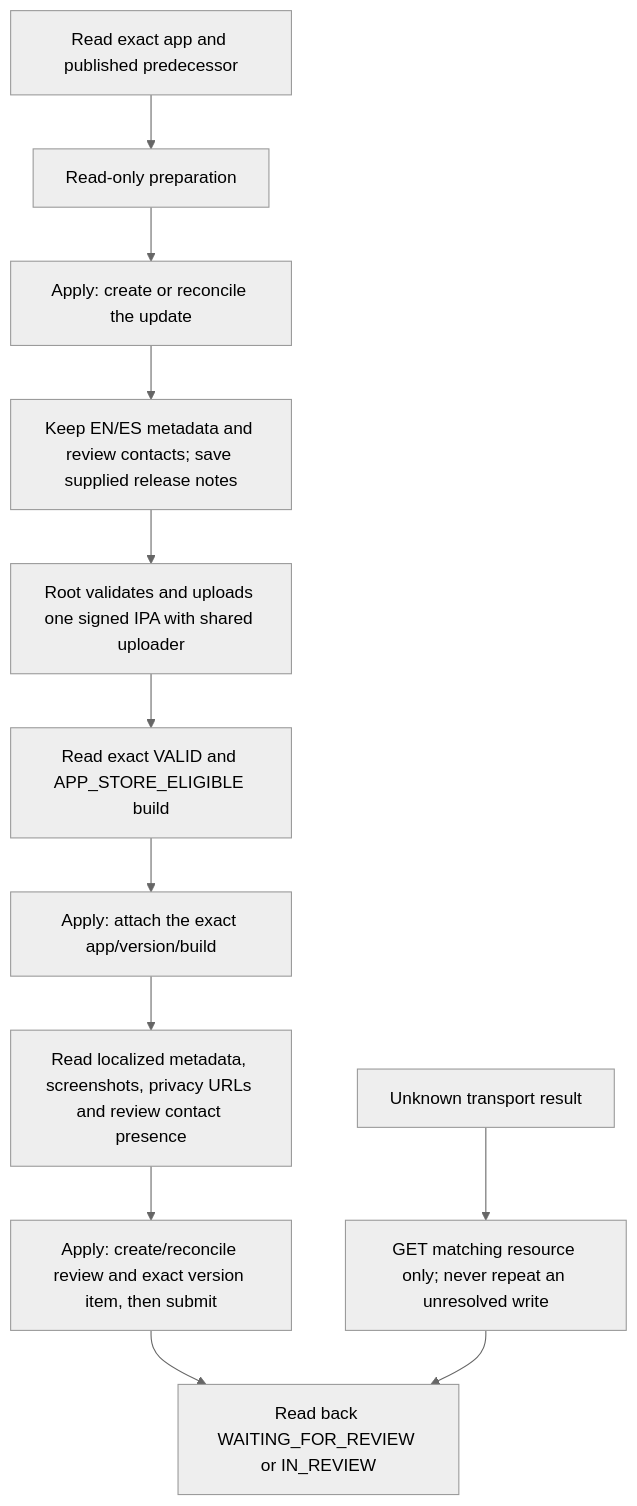
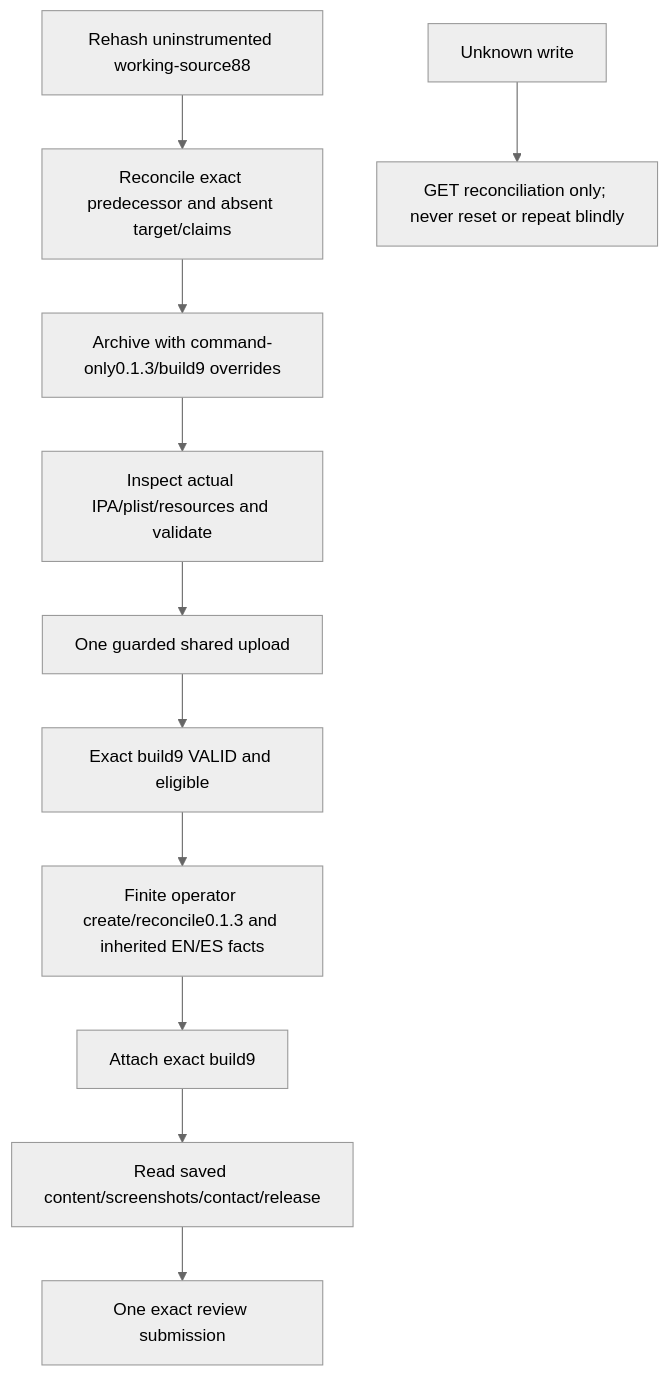
The diagram in apps-chirho/ios-chirho/scripts-chirho/release-chirho/README-chirho.md (loveJesus/visual-biblical-language-reader-chirho), drawn with Mermaid (neutral theme) before and after one commit. The commit also changed other lines of this file and 2 other files, not shown here.

First line of the commit message:
Publish finite iOS build9 release helper and measured submission notes chirho

````diff
--- a/apps-chirho/ios-chirho/scripts-chirho/release-chirho/README-chirho.md
+++ b/apps-chirho/ios-chirho/scripts-chirho/release-chirho/README-chirho.md
@@ -11,14 +13,13 @@
 ```mermaid
 flowchart TD
-  IdentityChirho[Read exact app and published predecessor] --> DryChirho[Read-only preparation]
-  DryChirho --> PrepareChirho[Apply: create or reconcile the update]
-  PrepareChirho --> LocalesChirho[Keep EN/ES metadata and review contacts; save supplied release notes]
-  LocalesChirho --> UploadChirho[Root validates and uploads one signed IPA with shared uploader]
-  UploadChirho --> BuildChirho[Read exact VALID and APP_STORE_ELIGIBLE build]
-  BuildChirho --> AttachChirho[Apply: attach the exact app/version/build]
-  AttachChirho --> ReadyChirho[Read localized metadata, screenshots, privacy URLs and review contact presence]
-  ReadyChirho --> SubmitChirho[Apply: create/reconcile review and exact version item, then submit]
-  SubmitChirho --> ReadbackChirho[Read back WAITING_FOR_REVIEW or IN_REVIEW]
-  UnknownChirho[Unknown transport result] --> ReconcileChirho[GET matching resource only; never repeat an unresolved write]
-  ReconcileChirho --> ReadbackChirho
+    SourceChirho[Rehash uninstrumented working-source88] --> ReconcileChirho[Reconcile exact predecessor and absent target/claims]
+    ReconcileChirho --> ArchiveChirho[Archive with command-only0.1.3/build9 overrides]
+    ArchiveChirho --> InspectChirho[Inspect actual IPA/plist/resources and validate]
+    InspectChirho --> UploadChirho[One guarded shared upload]
+    UploadChirho --> ProcessChirho[Exact build9 VALID and eligible]
+    ProcessChirho --> PrepareChirho[Finite operator create/reconcile0.1.3 and inherited EN/ES facts]
+    PrepareChirho --> AttachChirho[Attach exact build9]
+    AttachChirho --> ReadinessChirho[Read saved content/screenshots/contact/release]
+    ReadinessChirho --> SubmitChirho[One exact review submission]
+    UnknownChirho[Unknown write] --> GetChirho[GET reconciliation only; never reset or repeat blindly]
 ```
````
